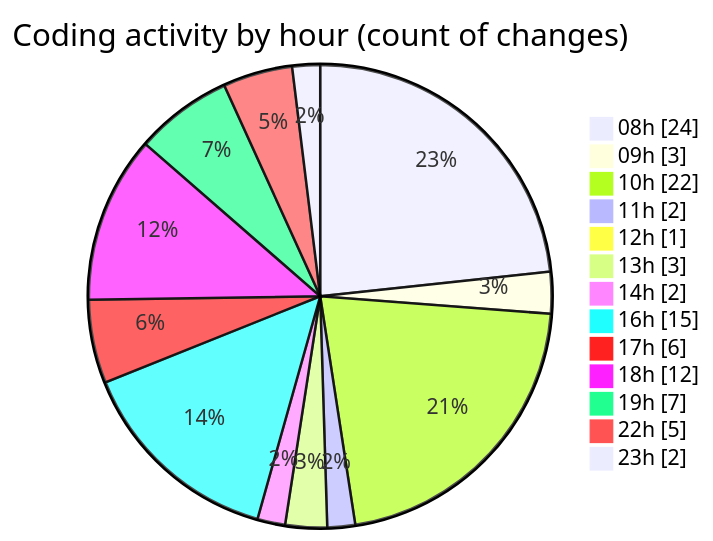
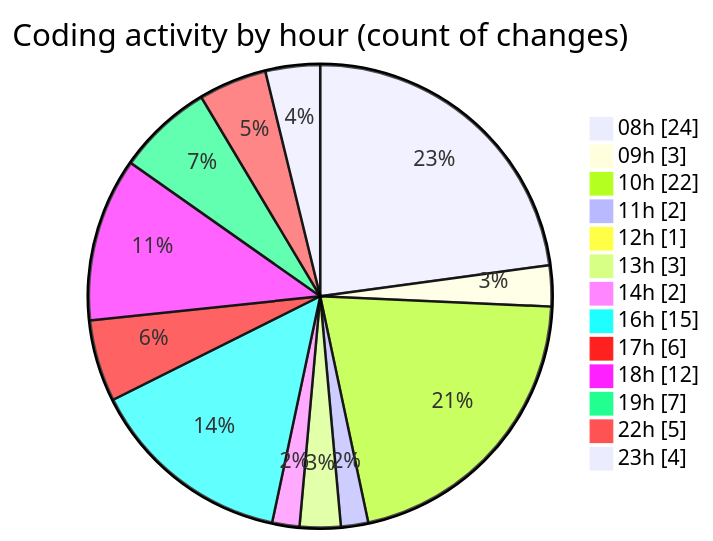
Before and after one commit to julien-gomy/code-tracking: the second of 2 diagrams in 2025-11-07/eventscop-frontend-guide__workspace_/README.md, drawn with Mermaid. The commit also changed other lines of this file and 1 other file, not shown here.

````diff
--- a/2025-11-07/eventscop-frontend-guide__workspace_/README.md
+++ b/2025-11-07/eventscop-frontend-guide__workspace_/README.md
@@ -66,17 +67,17 @@
 ```mermaid
 pie showData
 title Coding activity by hour (count of changes)
 "08h" : 24
 "09h" : 3
 "10h" : 22
 "11h" : 2
 "12h" : 1
 "13h" : 3
 "14h" : 2
 "16h" : 15
 "17h" : 6
 "18h" : 12
 "19h" : 7
 "22h" : 5
-"23h" : 2
+"23h" : 4
 ```
````
